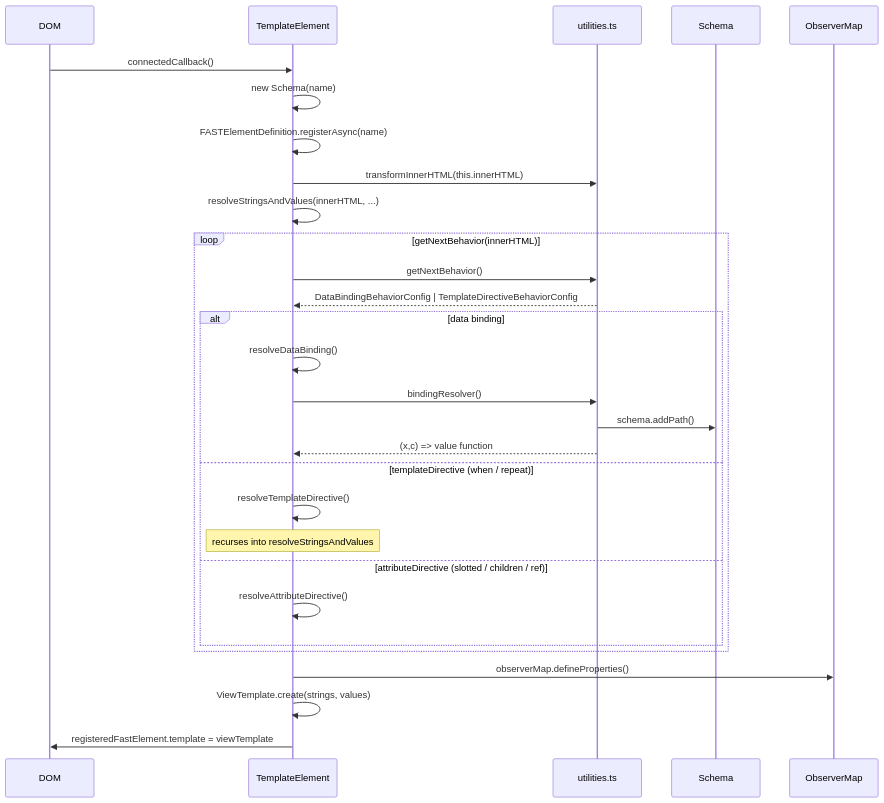
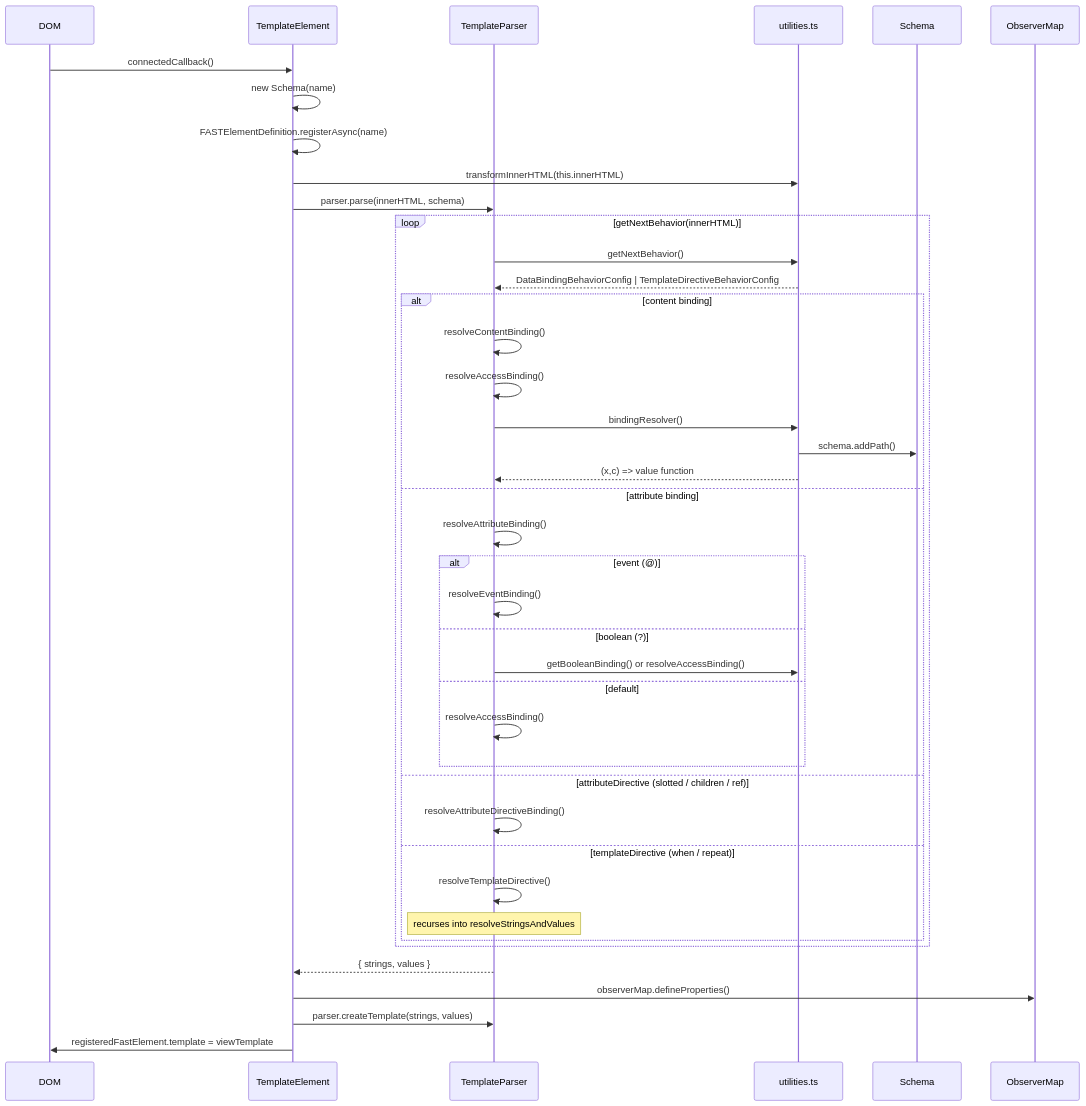
Before and after one commit to microsoft/fast: the second of 4 diagrams in packages/fast-html/DESIGN.md, drawn with Mermaid. The commit also changed other lines of this file and 5 other files, not shown here.

````diff
--- a/packages/fast-html/DESIGN.md
+++ b/packages/fast-html/DESIGN.md
@@ -285,32 +299,44 @@
 ```mermaid
 sequenceDiagram
     participant DOM
     participant TE as TemplateElement
+    participant TP as TemplateParser
     participant U as utilities.ts
     participant S as Schema
     participant OM as ObserverMap
 
     DOM->>TE: connectedCallback()
     TE->>TE: new Schema(name)
     TE->>TE: FASTElementDefinition.registerAsync(name)
     TE->>U: transformInnerHTML(this.innerHTML)
-    TE->>TE: resolveStringsAndValues(innerHTML, ...)
+    TE->>TP: parser.parse(innerHTML, schema)
     loop getNextBehavior(innerHTML)
-        TE->>U: getNextBehavior()
-        U-->>TE: DataBindingBehaviorConfig | TemplateDirectiveBehaviorConfig
-        alt data binding
-            TE->>TE: resolveDataBinding()
-            TE->>U: bindingResolver()
+        TP->>U: getNextBehavior()
+        U-->>TP: DataBindingBehaviorConfig | TemplateDirectiveBehaviorConfig
+        alt content binding
+            TP->>TP: resolveContentBinding()
+            TP->>TP: resolveAccessBinding()
+            TP->>U: bindingResolver()
             U->>S: schema.addPath()
-            U-->>TE: (x,c) => value function
+            U-->>TP: (x,c) => value function
+        else attribute binding
+            TP->>TP: resolveAttributeBinding()
+            alt event (@)
+                TP->>TP: resolveEventBinding()
+            else boolean (?)
+                TP->>U: getBooleanBinding() or resolveAccessBinding()
+            else default
+                TP->>TP: resolveAccessBinding()
+            end
+        else attributeDirective (slotted / children / ref)
+            TP->>TP: resolveAttributeDirectiveBinding()
         else templateDirective (when / repeat)
-            TE->>TE: resolveTemplateDirective()
-            note over TE: recurses into resolveStringsAndValues
-        else attributeDirective (slotted / children / ref)
-            TE->>TE: resolveAttributeDirective()
+            TP->>TP: resolveTemplateDirective()
+            note over TP: recurses into resolveStringsAndValues
         end
     end
+    TP-->>TE: { strings, values }
     TE->>OM: observerMap.defineProperties()
-    TE->>TE: ViewTemplate.create(strings, values)
+    TE->>TP: parser.createTemplate(strings, values)
     TE->>DOM: registeredFastElement.template = viewTemplate
 ```
````
